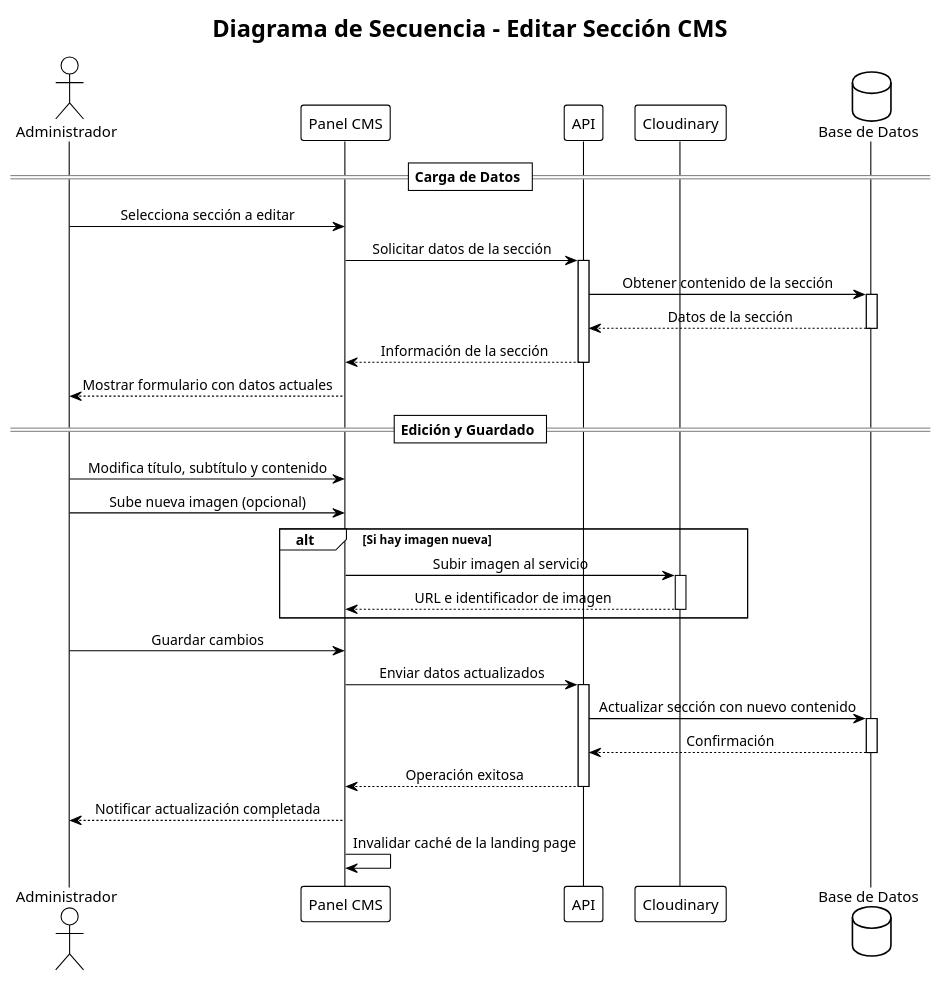
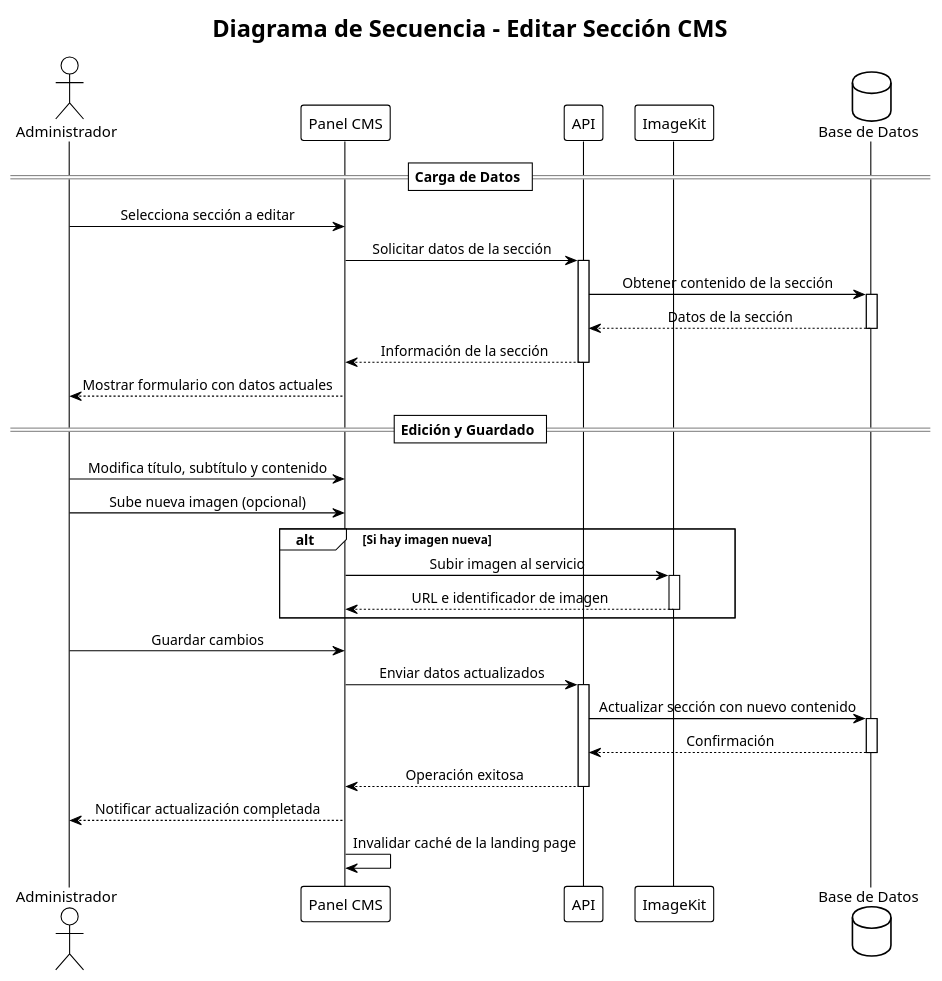
Before and after one commit to RDaniloMM/dental-company: the ninth of 14 diagrams in DIAGRAMAS_UML.md, drawn with PlantUML. The commit also changed other lines of this file and 17 other files, not shown here.

First line of the commit message:
refactor: migrate image handling from Cloudinary to ImageKit

````diff
--- a/DIAGRAMAS_UML.md
+++ b/DIAGRAMAS_UML.md
@@ -915,59 +915,59 @@
 ```plantuml
 @startuml Secuencia_CMS_Editar
 !theme plain
 skinparam sequenceMessageAlign center
 
 title Diagrama de Secuencia - Editar Sección CMS
 
 actor "Administrador" as Admin
 participant "Panel CMS" as CMS
 participant "API" as API
-participant "Cloudinary" as Cloud
+participant "ImageKit" as Cloud
 database "Base de Datos" as DB
 
 == Carga de Datos ==
 
 Admin -> CMS: Selecciona sección a editar
 CMS -> API: Solicitar datos de la sección
 activate API
 
 API -> DB: Obtener contenido de la sección
 activate DB
 DB --> API: Datos de la sección
 deactivate DB
 
 API --> CMS: Información de la sección
 deactivate API
 
 CMS --> Admin: Mostrar formulario con datos actuales
 
 == Edición y Guardado ==
 
 Admin -> CMS: Modifica título, subtítulo y contenido
 Admin -> CMS: Sube nueva imagen (opcional)
 
 alt Si hay imagen nueva
     CMS -> Cloud: Subir imagen al servicio
     activate Cloud
     Cloud --> CMS: URL e identificador de imagen
     deactivate Cloud
 end
 
 Admin -> CMS: Guardar cambios
 
 CMS -> API: Enviar datos actualizados
 activate API
 
 API -> DB: Actualizar sección con nuevo contenido
 activate DB
 DB --> API: Confirmación
 deactivate DB
 
 API --> CMS: Operación exitosa
 deactivate API
 
 CMS --> Admin: Notificar actualización completada
 CMS -> CMS: Invalidar caché de la landing page
 
 @enduml
 ```
````
